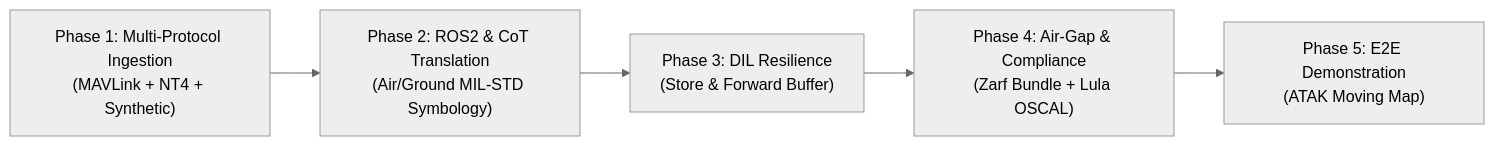
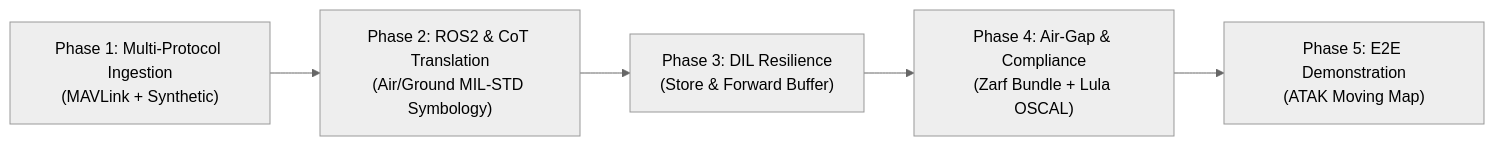
Before and after one commit to celttechie/tactical-edge-gateway: the diagram in docs/IMPLEMENTATION_PLAN.md, drawn with Mermaid (neutral theme). The commit also changed other lines of this file and 27 other files, not shown here.

First line of the commit message:
feat: Milestone 2 - Cursor on Target (CoT) XML translation, TAK egress, ROS2 ingest, and GatewayEngine (#3)

````diff
--- a/docs/IMPLEMENTATION_PLAN.md
+++ b/docs/IMPLEMENTATION_PLAN.md
@@ -9,7 +9,7 @@
 ```mermaid
 flowchart LR
-    Phase1["Phase 1: Multi-Protocol Ingestion\n(MAVLink + NT4 + Synthetic)"] --> Phase2["Phase 2: ROS2 & CoT Translation\n(Air/Ground MIL-STD Symbology)"]
+    Phase1["Phase 1: Multi-Protocol Ingestion\n(MAVLink + Synthetic)"] --> Phase2["Phase 2: ROS2 & CoT Translation\n(Air/Ground MIL-STD Symbology)"]
     Phase2 --> Phase3["Phase 3: DIL Resilience\n(Store & Forward Buffer)"]
     Phase3 --> Phase4["Phase 4: Air-Gap & Compliance\n(Zarf Bundle + Lula OSCAL)"]
     Phase4 --> Phase5["Phase 5: E2E Demonstration\n(ATAK Moving Map)"]
 ```
````
